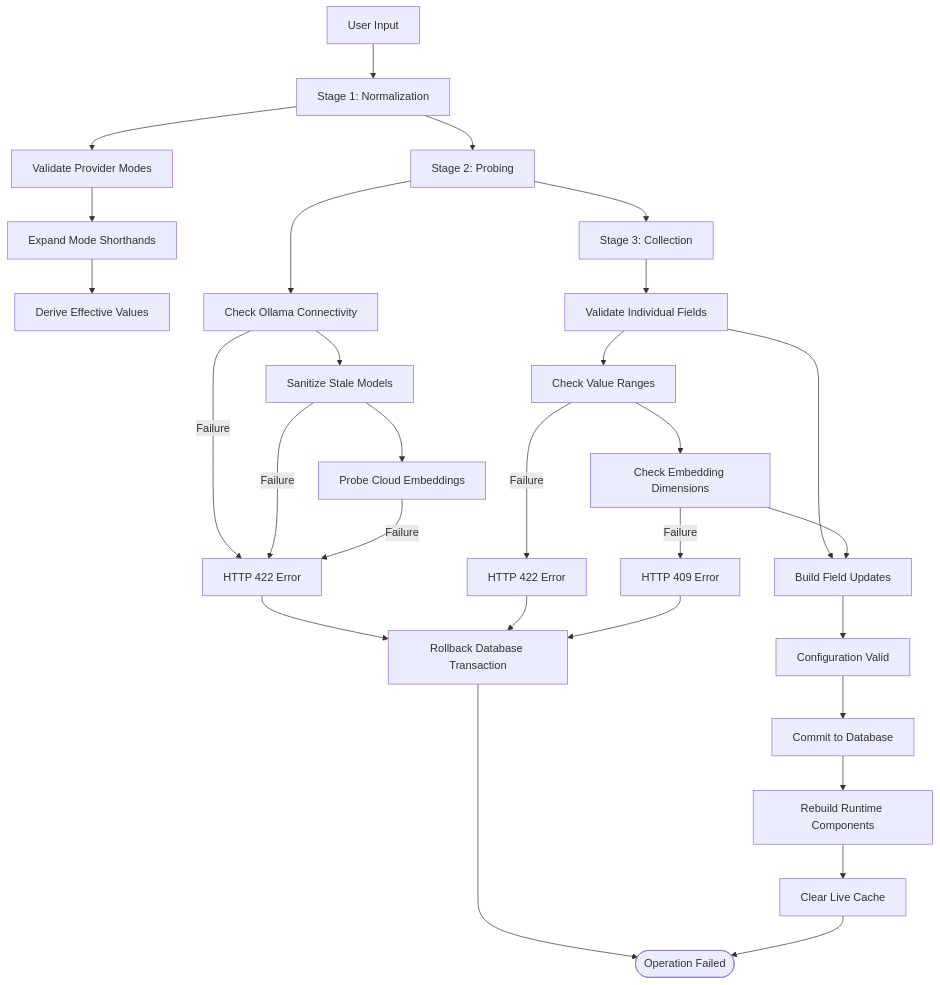
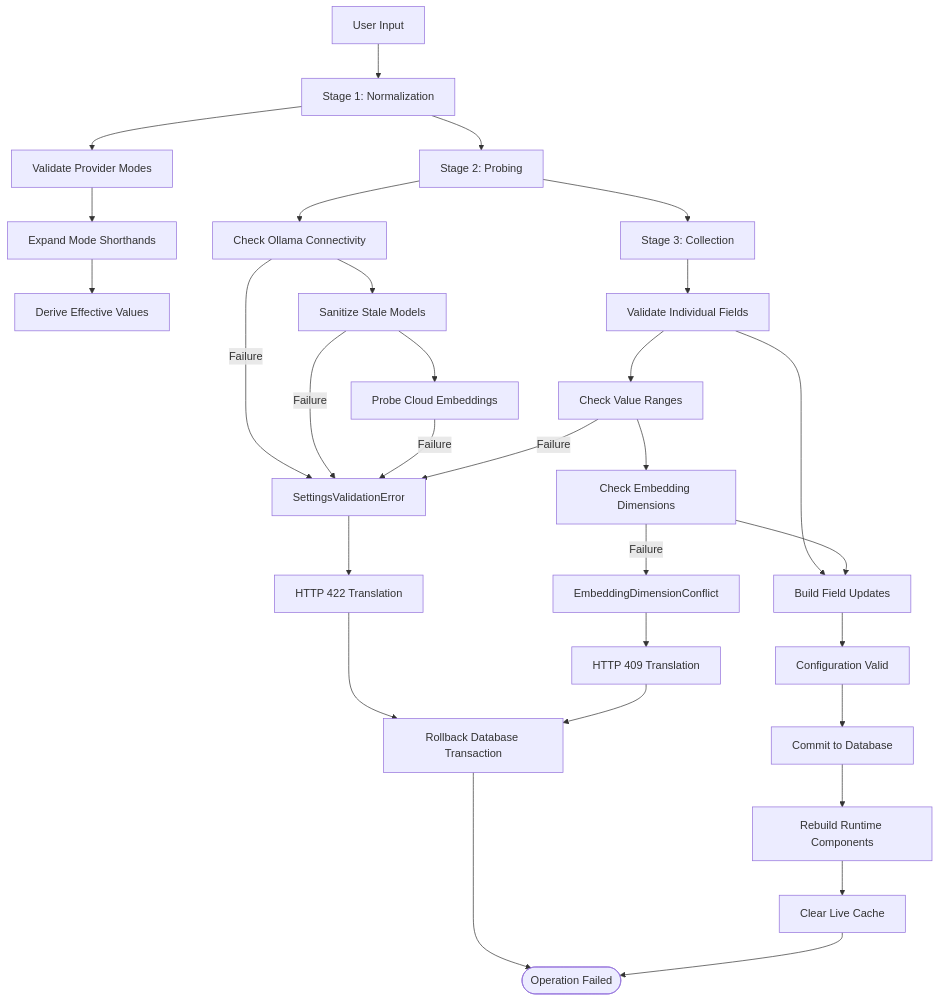
The eighth of 8 diagrams in .qoder/repowiki/en/content/Backend Development/Settings Management System.md (genes8/private-ai), drawn with Mermaid before and after one commit. The commit also changed other lines of this file and 55 other files, not shown here.

````diff
--- a/.qoder/repowiki/en/content/Backend Development/Settings Management System.md
+++ b/.qoder/repowiki/en/content/Backend Development/Settings Management System.md
@@ -347,31 +419,32 @@
 ```mermaid
 flowchart TD
 Input[User Input] --> Stage1[Stage 1: Normalization]
 Stage1 --> Stage2[Stage 2: Probing]
 Stage2 --> Stage3[Stage 3: Collection]
 Stage1 --> ValidateModes[Validate Provider Modes]
 ValidateModes --> ExpandShorthands[Expand Mode Shorthands]
 ExpandShorthands --> DeriveEffective[Derive Effective Values]
 Stage2 --> CheckOllama[Check Ollama Connectivity]
 CheckOllama --> SanitizeModels[Sanitize Stale Models]
 SanitizeModels --> ProbeCloud[Probe Cloud Embeddings]
 Stage3 --> ValidateFields[Validate Individual Fields]
 ValidateFields --> CheckRanges[Check Value Ranges]
 CheckRanges --> CheckDimensions[Check Embedding Dimensions]
 ValidateFields --> FieldUpdates[Build Field Updates]
 CheckDimensions --> FieldUpdates
 FieldUpdates --> Success[Configuration Valid]
-CheckOllama --> |Failure| Error1[HTTP 422 Error]
-SanitizeModels --> |Failure| Error1
-ProbeCloud --> |Failure| Error1
-CheckRanges --> |Failure| Error2[HTTP 422 Error]
-CheckDimensions --> |Failure| Error3[HTTP 409 Error]
-Error1 --> Rollback[Rollback Database Transaction]
-Error2 --> Rollback
-Error3 --> Rollback
+CheckOllama --> |Failure| DomainError[SettingsValidationError]
+SanitizeModels --> |Failure| DomainError
+ProbeCloud --> |Failure| DomainError
+CheckRanges --> |Failure| DomainError
+CheckDimensions --> |Failure| DimensionConflict[EmbeddingDimensionConflict]
+DomainError --> HTTP422[HTTP 422 Translation]
+DimensionConflict --> HTTP409[HTTP 409 Translation]
+HTTP422 --> Rollback[Rollback Database Transaction]
+HTTP409 --> Rollback
 Rollback --> End([Operation Failed])
 Success --> Commit[Commit to Database]
 Commit --> RebuildRuntime[Rebuild Runtime Components]
 RebuildRuntime --> ClearCache[Clear Live Cache]
 ClearCache --> End
 ```
````
